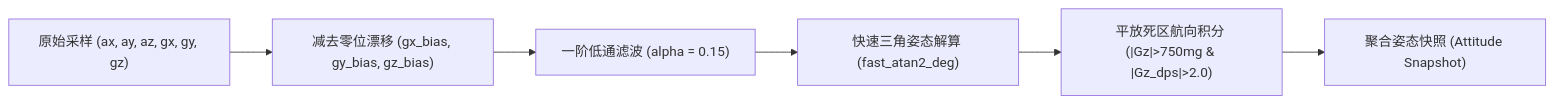
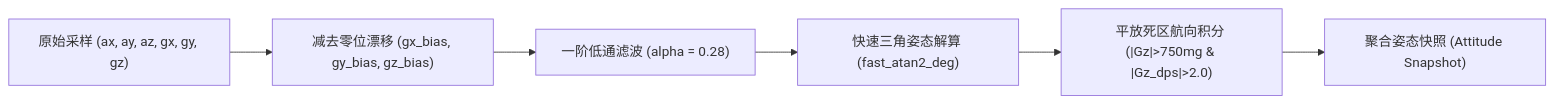
The first of 3 diagrams in docs/architecture/02-gestures-and-physics.md (onenewcode/digivice), drawn with Mermaid before and after one commit. The commit also changed other lines of this file and 179 other files, not shown here.

````diff
--- a/docs/architecture/02-gestures-and-physics.md
+++ b/docs/architecture/02-gestures-and-physics.md
@@ -11,8 +21,8 @@
 ```mermaid
 flowchart LR
     Sample["原始采样 (ax, ay, az, gx, gy, gz)"] --> Calib["减去零位漂移 (gx_bias, gy_bias, gz_bias)"]
-    Calib --> LPF["一阶低通滤波 (alpha = 0.15)"]
+    Calib --> LPF["一阶低通滤波 (alpha = 0.28)"]
     LPF --> Angles["快速三角姿态解算 (fast_atan2_deg)"]
     Angles --> Heading["平放死区航向积分 (|Gz|>750mg & |Gz_dps|>2.0)"]
     Heading --> Output["聚合姿态快照 (Attitude Snapshot)"]
 ```
````
